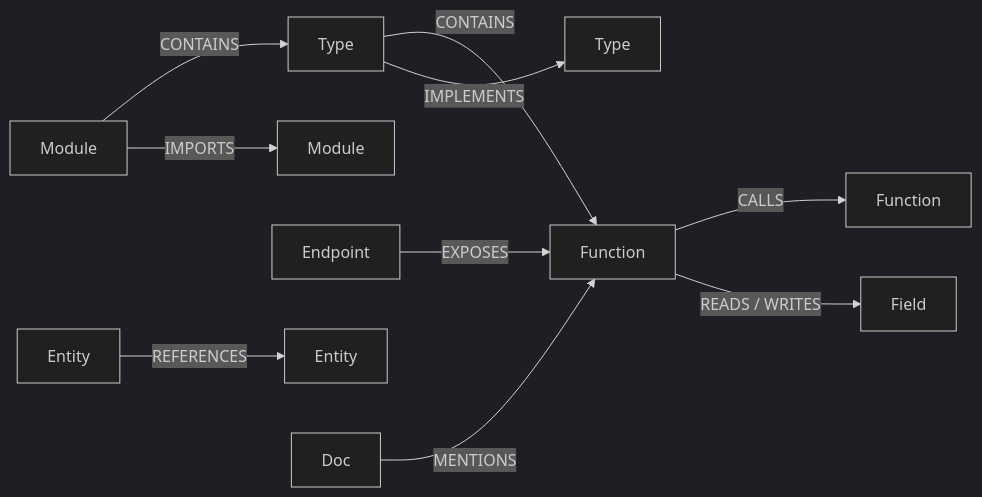
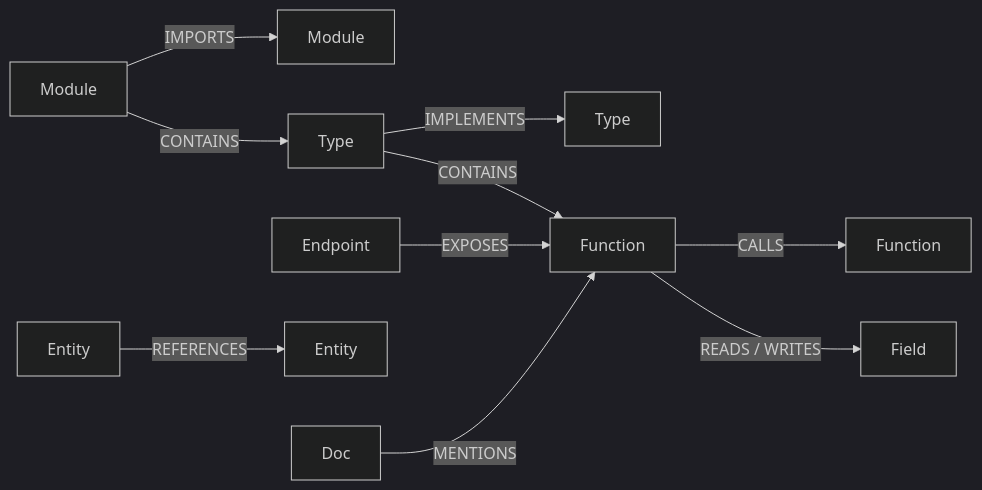
One commit to synaptixs/spine changed the second of 5 diagrams in KNOWLEDGE_GRAPH.md. Above: the diagram before and after it, drawn with Mermaid (dark theme). The commit also changed other lines of this file and 13 other files, not shown here.

````diff
--- a/KNOWLEDGE_GRAPH.md
+++ b/KNOWLEDGE_GRAPH.md
@@ -99,12 +99,23 @@
 ```mermaid
 flowchart LR
-    M[Module] -->|CONTAINS| T[Type]
-    M -->|IMPORTS| M2[Module]
-    T -->|CONTAINS| F[Function]
-    T -->|IMPLEMENTS| T2[Type]
-    F -->|CALLS| F2[Function]
-    F -->|READS / WRITES| FL[Field]
-    EP[Endpoint] -->|EXPOSES| F
-    EN[Entity] -->|REFERENCES| EN2[Entity]
-    D[Doc] -->|MENTIONS| F
+    M["Module"]
+    M2["Module"]
+    T["Type"]
+    T2["Type"]
+    F["Function"]
+    F2["Function"]
+    FL["Field"]
+    EP["Endpoint"]
+    EN["Entity"]
+    EN2["Entity"]
+    D["Doc"]
+    M -->|CONTAINS| T
+    M -->|IMPORTS| M2
+    T -->|CONTAINS| F
+    T -->|IMPLEMENTS| T2
+    F -->|CALLS| F2
+    F -->|READS / WRITES| FL
+    EP -->|EXPOSES| F
+    EN -->|REFERENCES| EN2
+    D -->|MENTIONS| F
 ```
````
